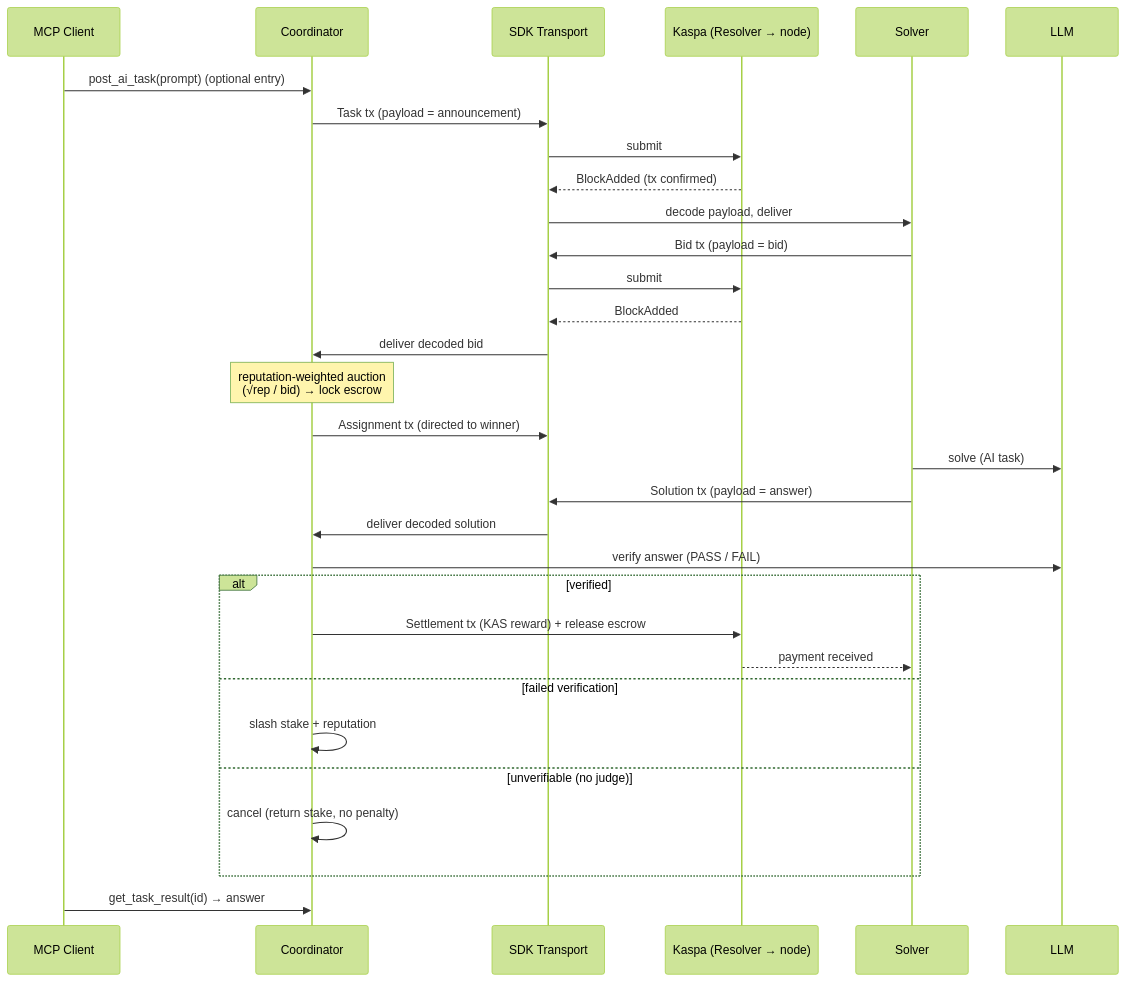
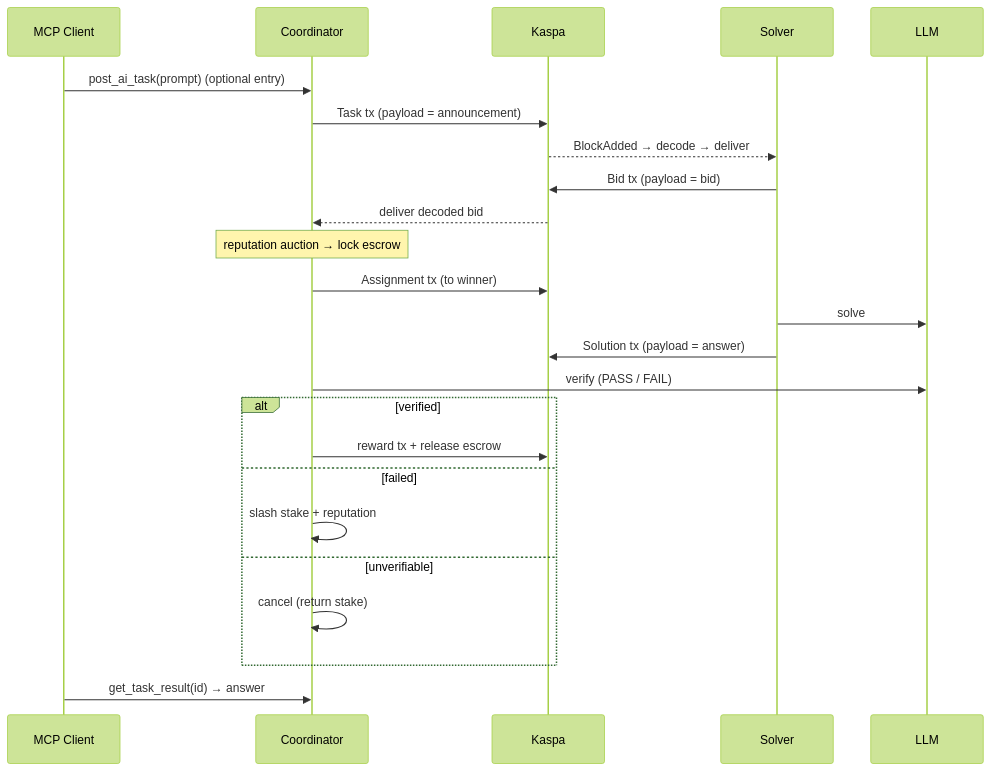
The second of 2 diagrams in README.md (Nihal-Pandey-2302/kaspaswarm), drawn with Mermaid (forest theme) before and after one commit. The commit also changed other lines of this file and 8 other files, not shown here.

````diff
--- a/README.md
+++ b/README.md
@@ -153,34 +115,27 @@
 ```mermaid
 sequenceDiagram
     participant M as MCP Client
     participant C as Coordinator
-    participant T as SDK Transport
-    participant K as Kaspa (Resolver → node)
+    participant K as Kaspa
     participant S as Solver
     participant L as LLM
 
-    M->>C: post_ai_task(prompt) (optional entry)
-    C->>T: Task tx (payload = announcement)
-    T->>K: submit
-    K-->>T: BlockAdded (tx confirmed)
-    T->>S: decode payload, deliver
-    S->>T: Bid tx (payload = bid)
-    T->>K: submit
-    K-->>T: BlockAdded
-    T->>C: deliver decoded bid
-    Note over C: reputation-weighted auction<br/>(√rep / bid) → lock escrow
-    C->>T: Assignment tx (directed to winner)
-    S->>L: solve (AI task)
-    S->>T: Solution tx (payload = answer)
-    T->>C: deliver decoded solution
-    C->>L: verify answer (PASS / FAIL)
+    M->>C: post_ai_task(prompt)  (optional entry)
+    C->>K: Task tx (payload = announcement)
+    K-->>S: BlockAdded → decode → deliver
+    S->>K: Bid tx (payload = bid)
+    K-->>C: deliver decoded bid
+    Note over C: reputation auction → lock escrow
+    C->>K: Assignment tx (to winner)
+    S->>L: solve
+    S->>K: Solution tx (payload = answer)
+    C->>L: verify (PASS / FAIL)
     alt verified
-        C->>K: Settlement tx (KAS reward) + release escrow
-        K-->>S: payment received
-    else failed verification
+        C->>K: reward tx + release escrow
+    else failed
         C->>C: slash stake + reputation
-    else unverifiable (no judge)
-        C->>C: cancel (return stake, no penalty)
+    else unverifiable
+        C->>C: cancel (return stake)
     end
     M->>C: get_task_result(id) → answer
 ```
````
